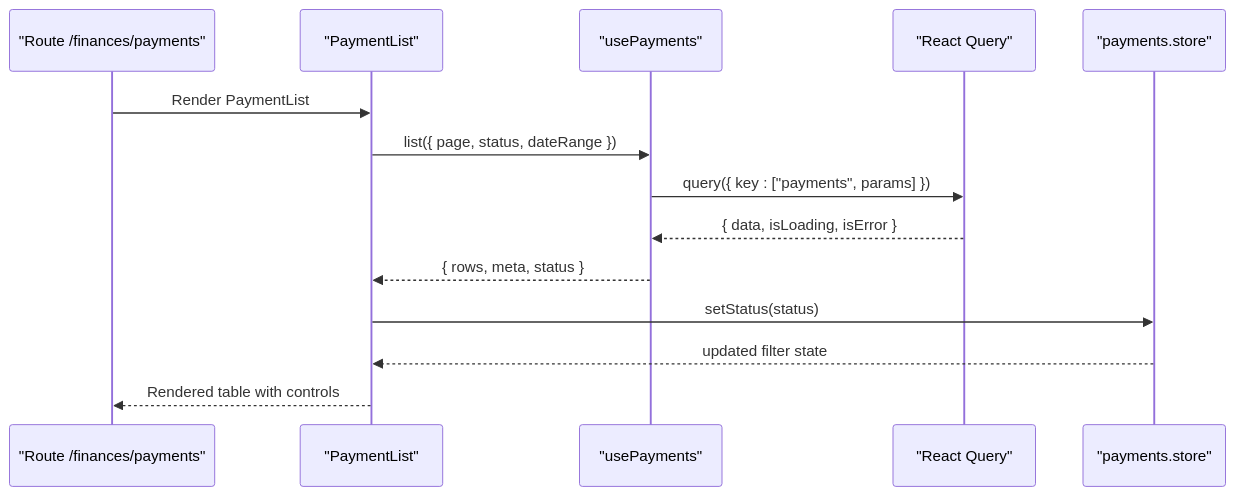
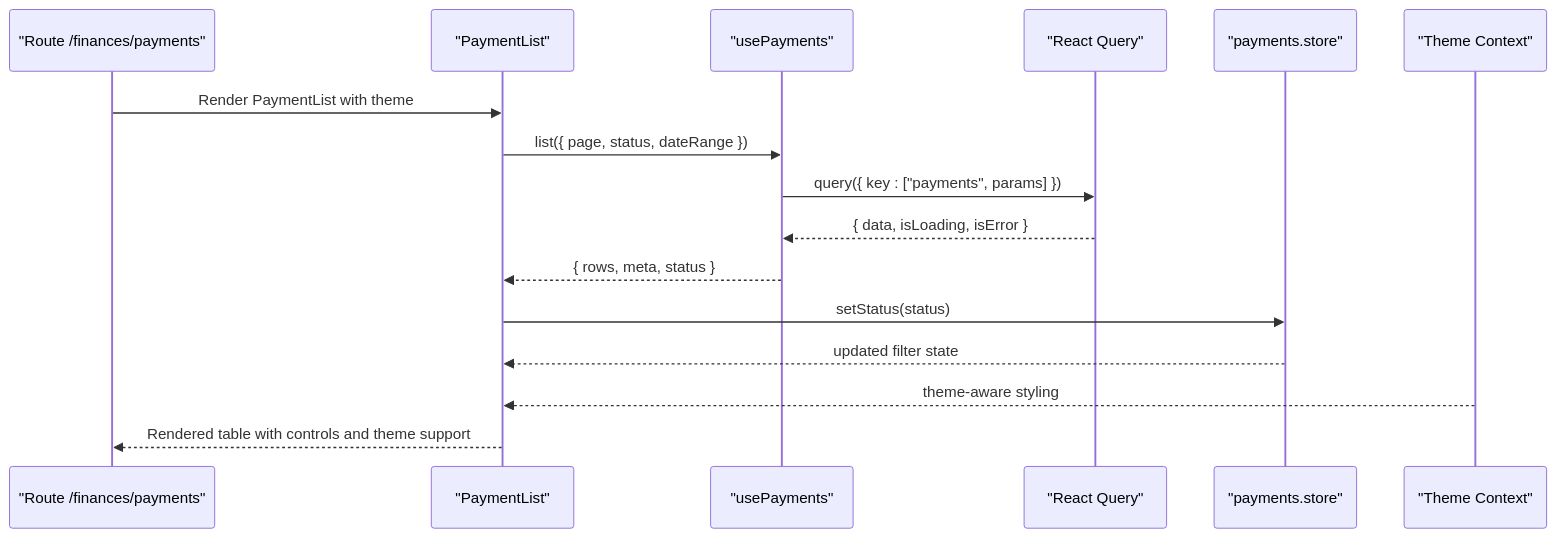
Before and after one commit to franckylab/eLISAschool: the fifth of 8 diagrams in .qoder/repowiki/en/content/System Architecture/Frontend Architecture/Component Architecture/Feature-Specific Components.md, drawn with Mermaid. The commit also changed other lines of this file and 79 other files, not shown here.

````diff
--- a/.qoder/repowiki/en/content/System Architecture/Frontend Architecture/Component Architecture/Feature-Specific Components.md
+++ b/.qoder/repowiki/en/content/System Architecture/Frontend Architecture/Component Architecture/Feature-Specific Components.md
@@ -270,16 +342,18 @@
 ```mermaid
 sequenceDiagram
 participant R as "Route /finances/payments"
 participant C as "PaymentList"
 participant H as "usePayments"
 participant Q as "React Query"
 participant S as "payments.store"
-R->>C : Render PaymentList
+participant T as "Theme Context"
+R->>C : Render PaymentList with theme
 C->>H : list({ page, status, dateRange })
 H->>Q : query({ key : ["payments", params] })
 Q-->>H : { data, isLoading, isError }
 H-->>C : { rows, meta, status }
 C->>S : setStatus(status)
 S-->>C : updated filter state
-C-->>R : Rendered table with controls
+T-->>C : theme-aware styling
+C-->>R : Rendered table with controls and theme support
 ```
````
